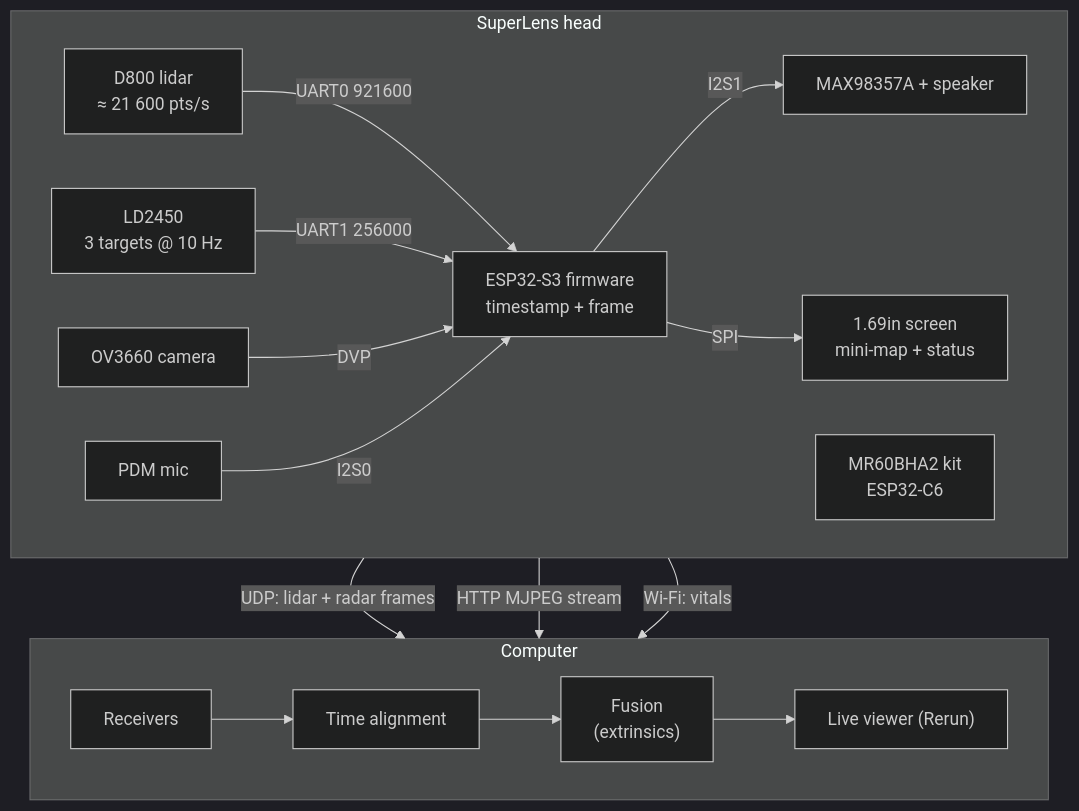
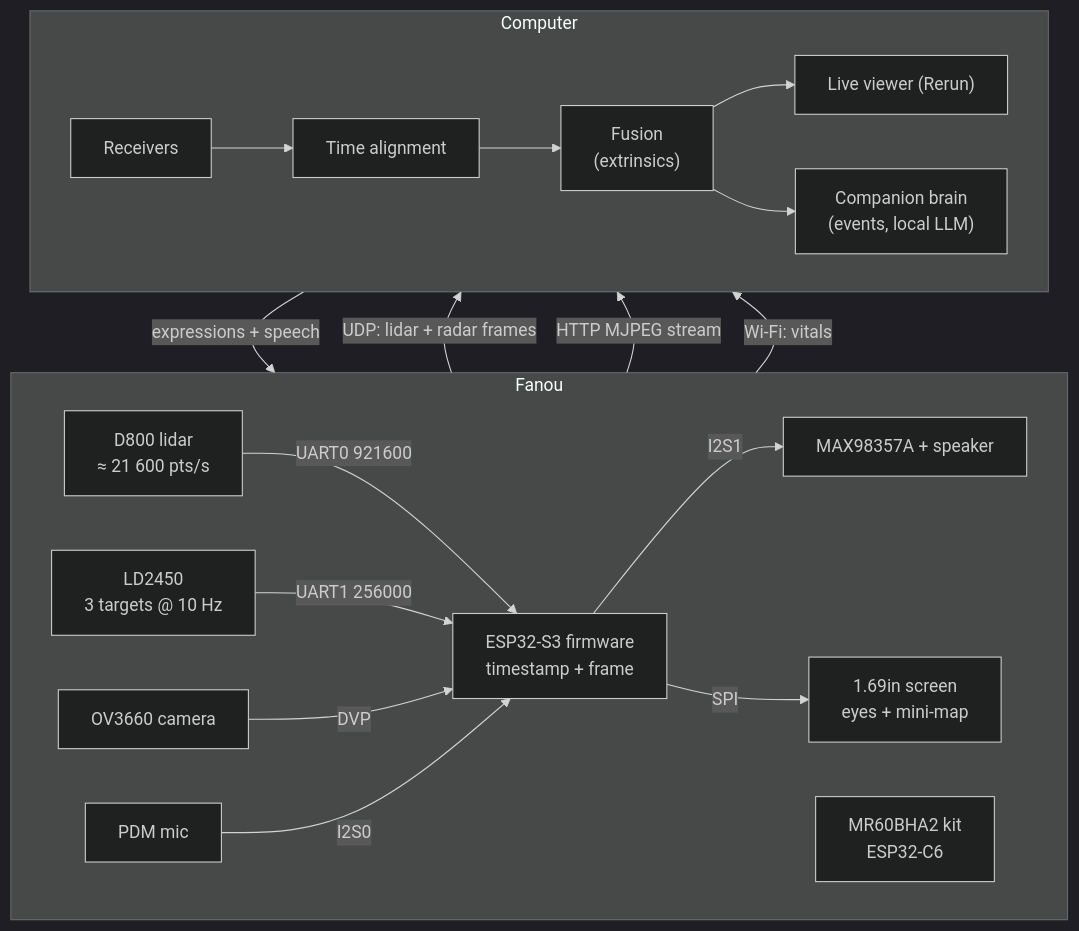
Before and after one commit to SebastienTr/Marvin: the diagram in docs/architecture.md, drawn with Mermaid (dark theme). The commit also changed other lines of this file and 41 other files, not shown here.

First line of the commit message:
Rev E: Fanou, the desk lighthouse companion

````diff
--- a/docs/architecture.md
+++ b/docs/architecture.md
@@ -7,21 +7,23 @@
 ```mermaid
 flowchart TB
-  subgraph Device["SuperLens head"]
+  subgraph Device["Fanou"]
     direction LR
     LID["D800 lidar<br/>≈ 21 600 pts/s"] -->|UART0 921600| FW
     LD2450["LD2450<br/>3 targets @ 10 Hz"] -->|UART1 256000| FW
     CAM["OV3660 camera"] -->|DVP| FW
     MIC["PDM mic"] -->|I2S0| FW
     FW -->|"I2S1"| SPK["MAX98357A + speaker"]
     FW["ESP32-S3 firmware<br/>timestamp + frame"]
-    FW -->|"SPI"| LCD["1.69in screen<br/>mini-map + status"]
+    FW -->|"SPI"| LCD["1.69in screen<br/>eyes + mini-map"]
     MR60["MR60BHA2 kit<br/>ESP32-C6"]
   end
   FW -->|"UDP: lidar + radar frames"| HOST
   FW -->|"HTTP MJPEG stream"| HOST
+  HOST -->|"expressions + speech"| FW
   MR60 -->|"Wi-Fi: vitals"| HOST
   subgraph HOST["Computer"]
     direction LR
     RX["Receivers"] --> SYNC["Time alignment"] --> FUSE["Fusion<br/>(extrinsics)"] --> VIEW["Live viewer (Rerun)"]
+    FUSE --> BRAIN["Companion brain<br/>(events, local LLM)"]
   end
 ```
````
